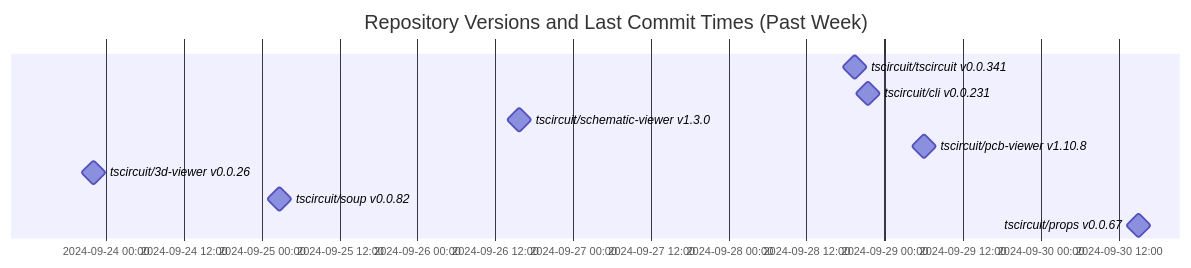
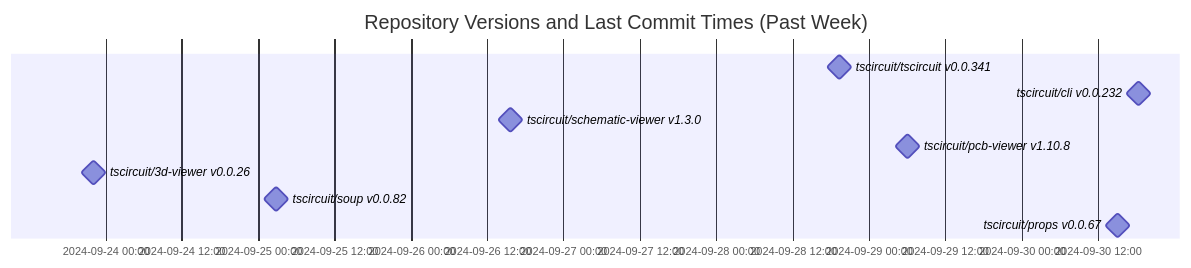
One commit to tscircuit/version-tracker changed the diagram in README.md. Above: the diagram before and after it, drawn with Mermaid.

Commit message:
Update chart

````diff
--- a/README.md
+++ b/README.md
@@ -1,14 +1,14 @@
 ```mermaid
 gantt
   dateFormat  YYYY-MM-DD HH:mm:ss
   title Repository Versions and Last Commit Times (Past Week)
   axisFormat %Y-%m-%d %H:%M
 
   tscircuit/tscircuit v0.0.341 : milestone, 2024-09-28 19:18:49, 1s
-  tscircuit/cli v0.0.231 : milestone, 2024-09-28 21:20:14, 1s
+  tscircuit/cli v0.0.232 : milestone, 2024-09-30 18:20:24, 1s
   tscircuit/schematic-viewer v1.3.0 : milestone, 2024-09-26 15:39:47, 1s
   tscircuit/pcb-viewer v1.10.8 : milestone, 2024-09-29 06:04:46, 1s
   tscircuit/3d-viewer v0.0.26 : milestone, 2024-09-23 22:06:33, 1s
   tscircuit/soup v0.0.82 : milestone, 2024-09-25 02:48:20, 1s
   tscircuit/props v0.0.67 : milestone, 2024-09-30 15:06:17, 1s
 ```
````
